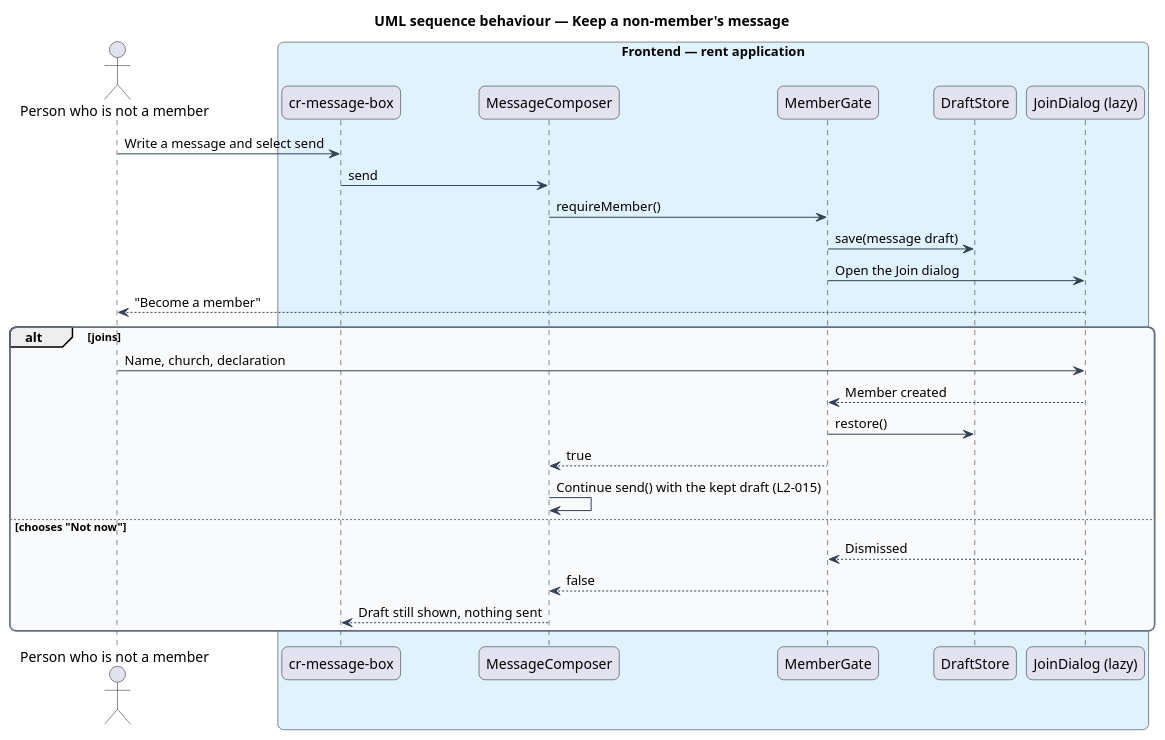
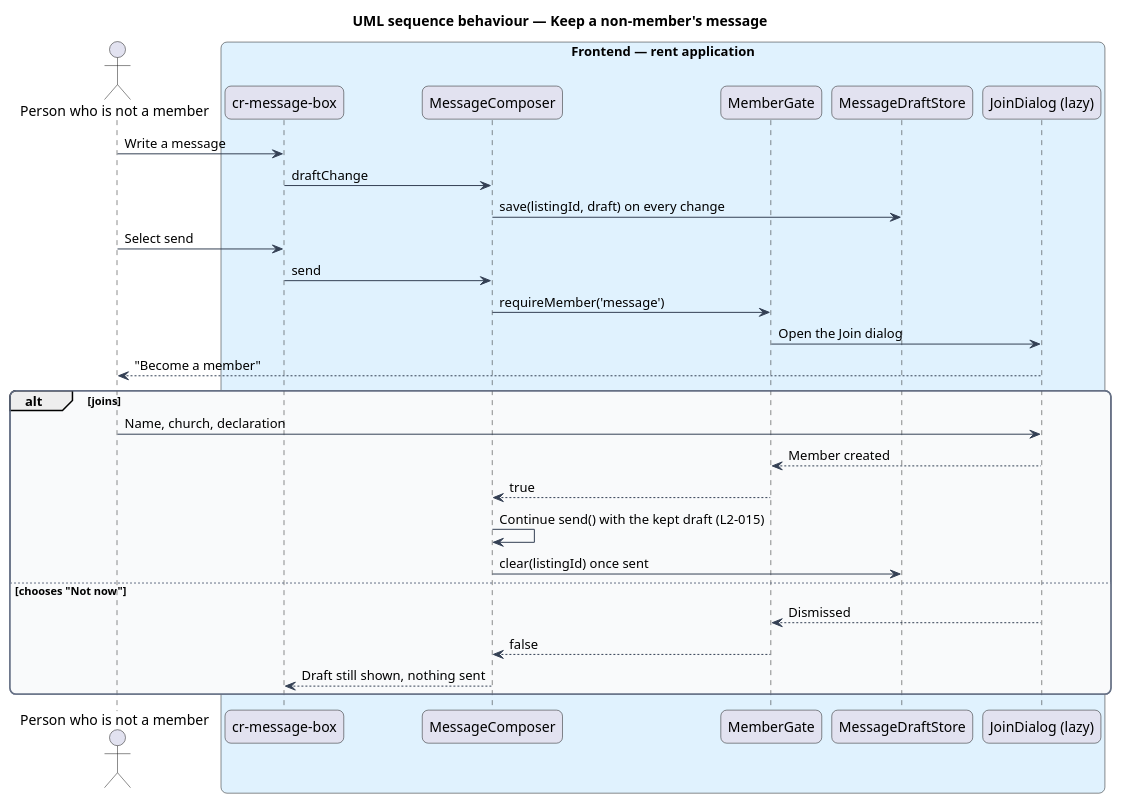
One commit to QuinntyneBrown/christian-rent changed the diagram in docs/detailed-designs/messages/send-message/diagrams/sequence-non-member-send.puml. Above: the diagram before and after it, drawn with PlantUML. The commit also changed 22 other files, not shown here.

First line of the commit message:
Decide sending a message's open points: ADR 0022, the requirements, the no-price mock and the send-message design

```diff
--- a/docs/detailed-designs/messages/send-message/diagrams/sequence-non-member-send.puml
+++ b/docs/detailed-designs/messages/send-message/diagrams/sequence-non-member-send.puml
@@ -1,42 +1,44 @@
 @startuml
 title UML sequence behaviour — Keep a non-member's message
 skinparam backgroundColor #FFFFFF
 skinparam shadowing false
 skinparam roundcorner 12
 skinparam defaultFontName Arial
 skinparam ArrowColor #344054
 skinparam rectangle {
   BorderColor #344054
   FontColor #101828
 }
 skinparam package {
   BorderColor #667085
   FontColor #101828
   BackgroundColor #F9FAFB
 }
 actor "Person who is not a member" as actor
 box "Frontend — rent application" #E0F2FE
   participant "cr-message-box" as box
   participant "MessageComposer" as composer
   participant "MemberGate" as gate
-  participant "DraftStore" as drafts
+  participant "MessageDraftStore" as drafts
   participant "JoinDialog (lazy)" as join
 end box
-actor -> box : Write a message and select send
+actor -> box : Write a message
+box -> composer : draftChange
+composer -> drafts : save(listingId, draft) on every change
+actor -> box : Select send
 box -> composer : send
-composer -> gate : requireMember()
-gate -> drafts : save(message draft)
+composer -> gate : requireMember('message')
 gate -> join : Open the Join dialog
 join --> actor : "Become a member"
 alt joins
   actor -> join : Name, church, declaration
   join --> gate : Member created
-  gate -> drafts : restore()
   gate --> composer : true
   composer -> composer : Continue send() with the kept draft (L2-015)
+  composer -> drafts : clear(listingId) once sent
 else chooses "Not now"
   join --> gate : Dismissed
   gate --> composer : false
   composer --> box : Draft still shown, nothing sent
 end
 @enduml
```
